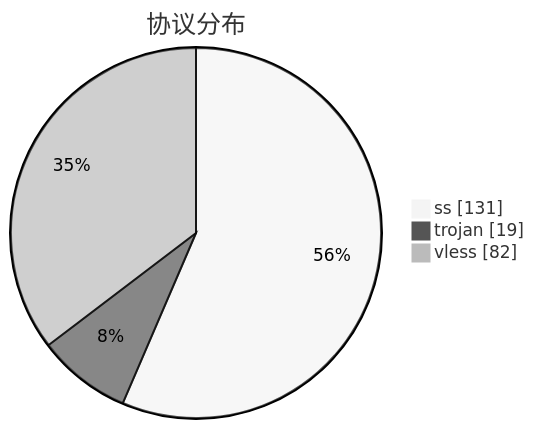
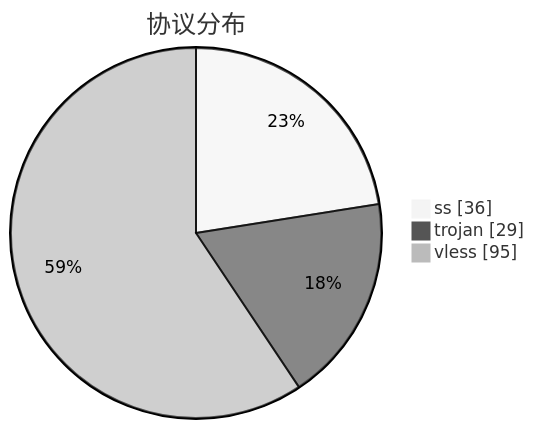
The third of 3 diagrams in subs/statistics/tested_within.md (qjlxg/airport), drawn with Mermaid (neutral theme) before and after one commit. The commit also changed other lines of this file and 2 other files, not shown here.

````diff
--- a/subs/statistics/tested_within.md
+++ b/subs/statistics/tested_within.md
@@ -37,7 +30,7 @@
 ```mermaid
 pie showData
 title 协议分布
-"ss" : 131
-"trojan" : 19
-"vless" : 82
+"ss" : 36
+"trojan" : 29
+"vless" : 95
 ```
````
